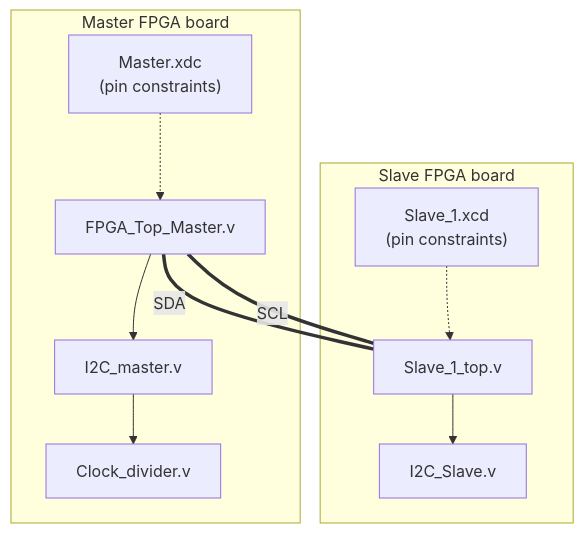
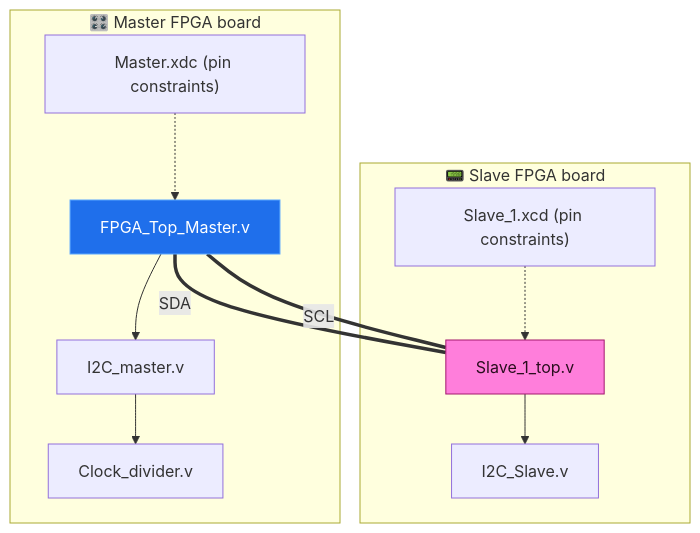
One commit to Shriram1302/I2C_PROTOCOL_IN_VERILOG changed the sixth of 6 diagrams in README.md. Above: the diagram before and after it, drawn with Mermaid. The commit also changed other lines of this file, not shown here.

````diff
--- a/README.md
+++ b/README.md
@@ -223,14 +297,17 @@
 ```mermaid
 graph TD
-    subgraph "Master FPGA board"
+    subgraph MFPGA["🎛️ Master FPGA board"]
         FT["FPGA_Top_Master.v"] --> IM["I2C_master.v"]
         IM --> CD["Clock_divider.v"]
-        MX["Master.xdc<br/>(pin constraints)"] -.-> FT
+        MX["Master.xdc (pin constraints)"] -.-> FT
     end
-    subgraph "Slave FPGA board"
+    subgraph SFPGA["📟 Slave FPGA board"]
         ST["Slave_1_top.v"] --> IS["I2C_Slave.v"]
-        SX["Slave_1.xcd<br/>(pin constraints)"] -.-> ST
+        SX["Slave_1.xcd (pin constraints)"] -.-> ST
     end
     FT ===|"SDA"| ST
     FT ===|"SCL"| ST
+
+    style FT fill:#1f6feb,stroke:#58a6ff,color:#fff
+    style ST fill:#ff7edb,stroke:#a3186f,color:#2a0e1e
 ```
````
